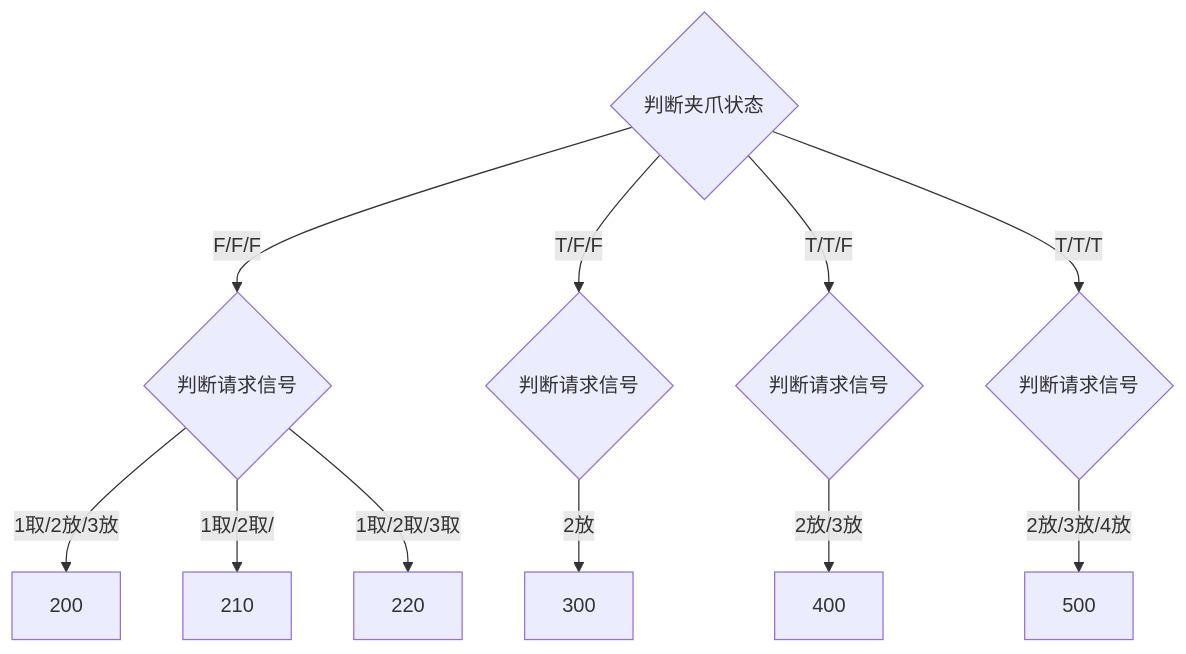
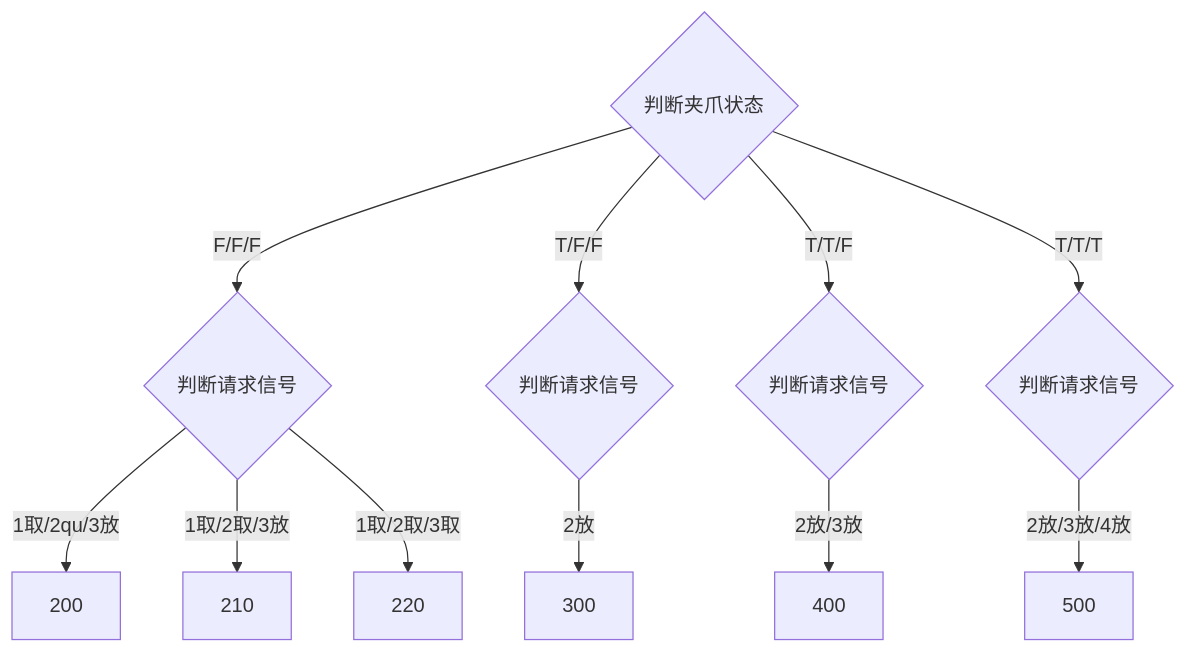
Before and after one commit to zmq000/iodraw-files: the diagram in all/未命名.md, drawn with Mermaid.

Commit message:
2026-06-18 15:46:26 update

````diff
--- a/all/未命名.md
+++ b/all/未命名.md
@@ -1,14 +1,14 @@
 ```mermaid
 graph TD
 10{判断夹爪状态}-->|F/F/F|20
 10-->|T/F/F|30
 10-->|T/T/F|40
 10-->|T/T/T|50
 
-20{判断请求信号}-->|1取/2放/3放|200
-20-->|1取/2取/|210
+20{判断请求信号}-->|1取/2qu/3放|200
+20-->|1取/2取/3放|210
 20-->|1取/2取/3取|220
 30{判断请求信号}-->|2放|300
 40{判断请求信号}-->|2放/3放|400
 50{判断请求信号}-->|2放/3放/4放|500
 ```
````
